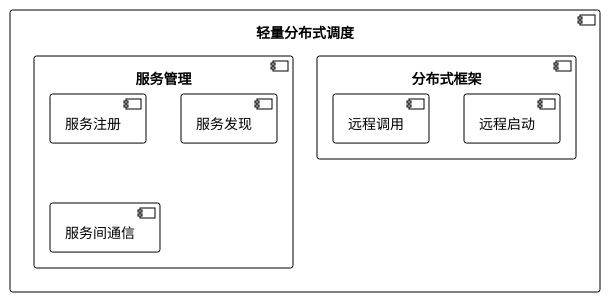
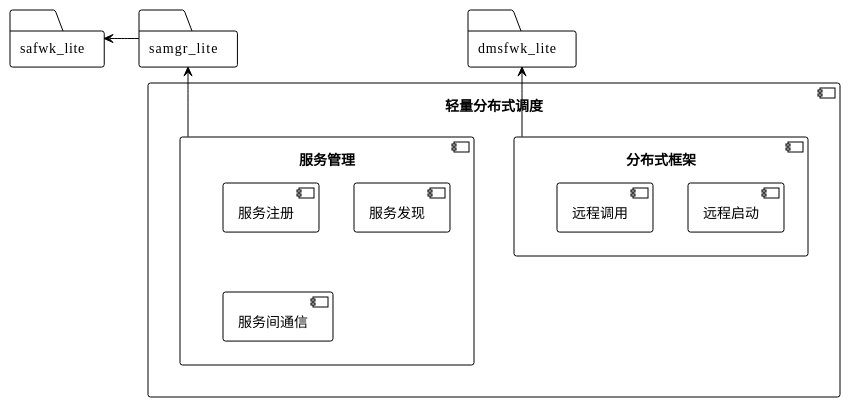
One commit to MatthewKe/openHarmonyNote changed the first of 19 diagrams in note.md. Above: the diagram before and after it, drawn with PlantUML. The commit also changed other lines of this file and 1 other file, not shown here.

````diff
--- a/note.md
+++ b/note.md
@@ -10,15 +16,21 @@
 ```plantuml
     !theme plain
     component 轻量分布式调度{
         component 分布式框架{
             component 远程启动
             component 远程调用
         }
         component 服务管理{
             component 服务注册
             component 服务发现
             component 服务间通信
         }
     }
+    folder dmsfwk_lite
+    folder safwk_lite
+    folder samgr_lite
+    dmsfwk_lite <-- 分布式框架
+    safwk_lite <-right- samgr_lite
+    samgr_lite <-- 服务管理
 
 ```
````
